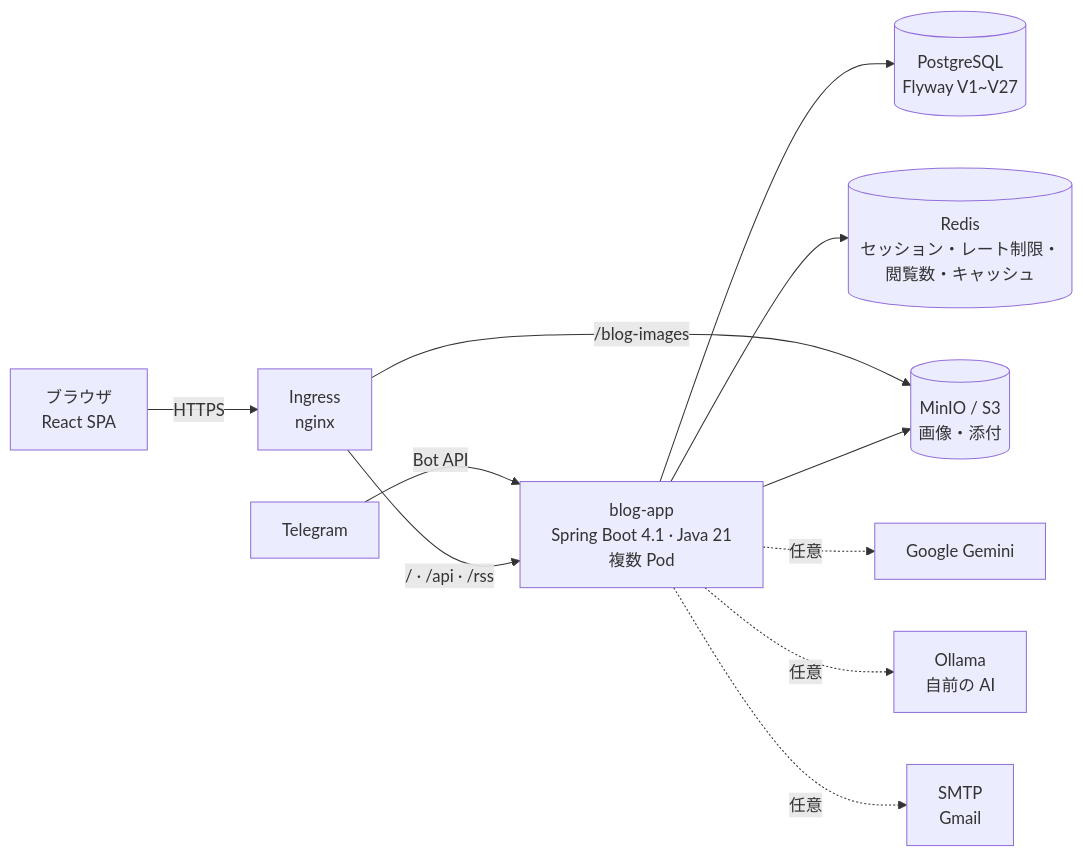
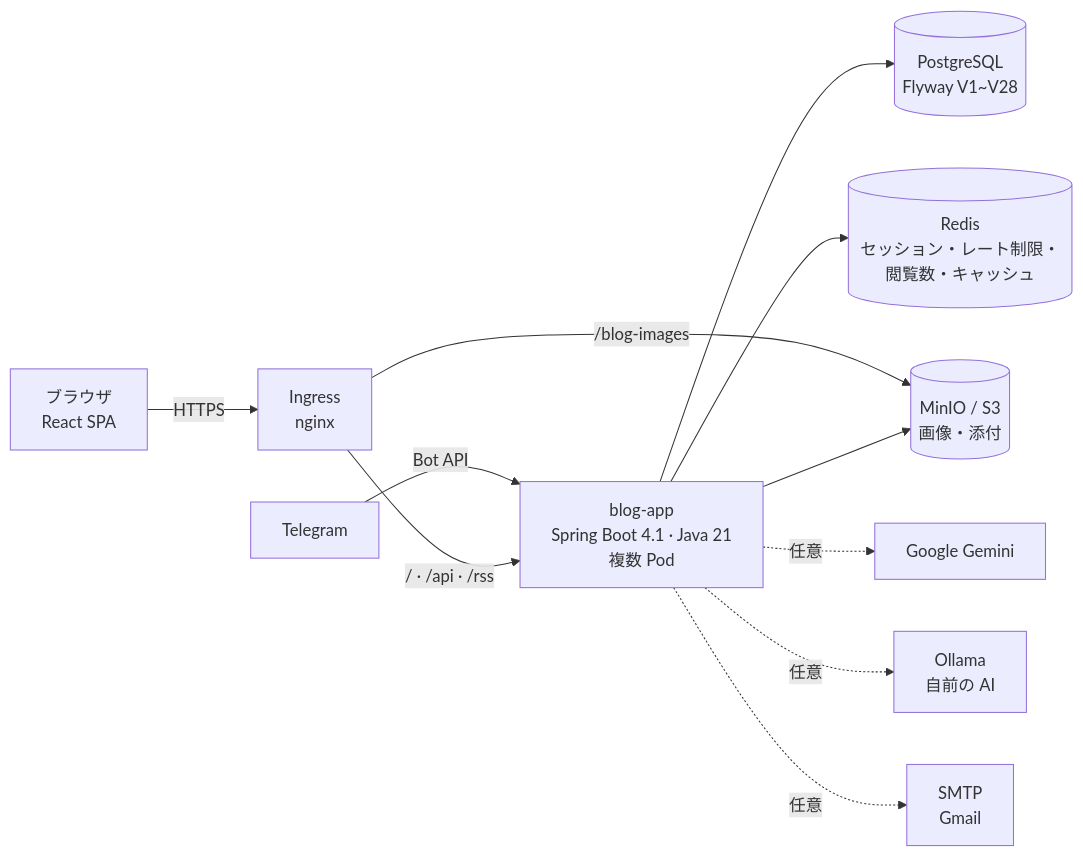
One commit to AIGJ-01-002-blog/Devlog changed the first of 3 diagrams in README.ja.md. Above: the diagram before and after it, drawn with Mermaid. The commit also changed other lines of this file and 26 other files, not shown here.

````diff
--- a/README.ja.md
+++ b/README.ja.md
@@ -151,13 +151,13 @@
 ```mermaid
 flowchart LR
     B[ブラウザ<br/>React SPA] -->|HTTPS| I[Ingress<br/>nginx]
     T[Telegram] -->|Bot API| A
     I -->|/ · /api · /rss| A[blog-app<br/>Spring Boot 4.1 · Java 21<br/>複数 Pod]
     I -->|/blog-images| M[(MinIO / S3<br/>画像・添付)]
-    A --> P[(PostgreSQL<br/>Flyway V1~V27)]
+    A --> P[(PostgreSQL<br/>Flyway V1~V28)]
     A --> R[(Redis<br/>セッション・レート制限・閲覧数・キャッシュ)]
     A --> M
     A -.任意.-> G[Google Gemini]
     A -.任意.-> O[Ollama<br/>自前の AI]
     A -.任意.-> S[SMTP<br/>Gmail]
 ```
````
